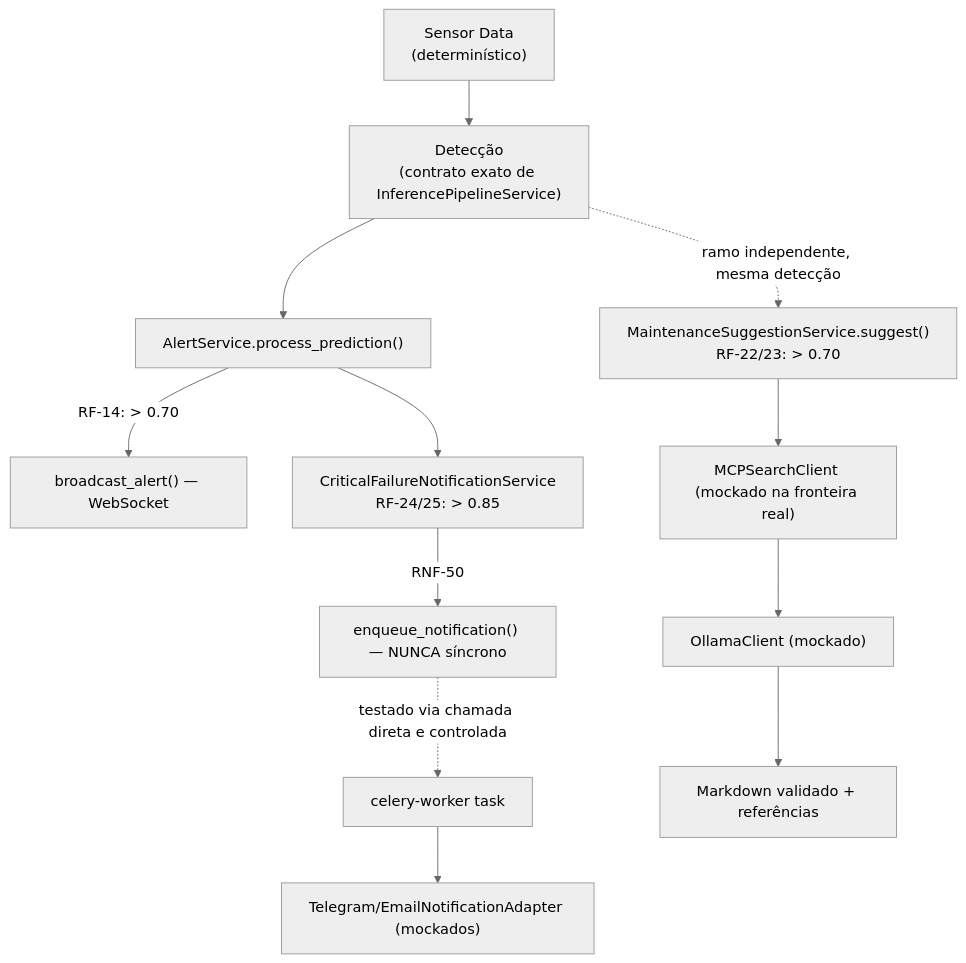
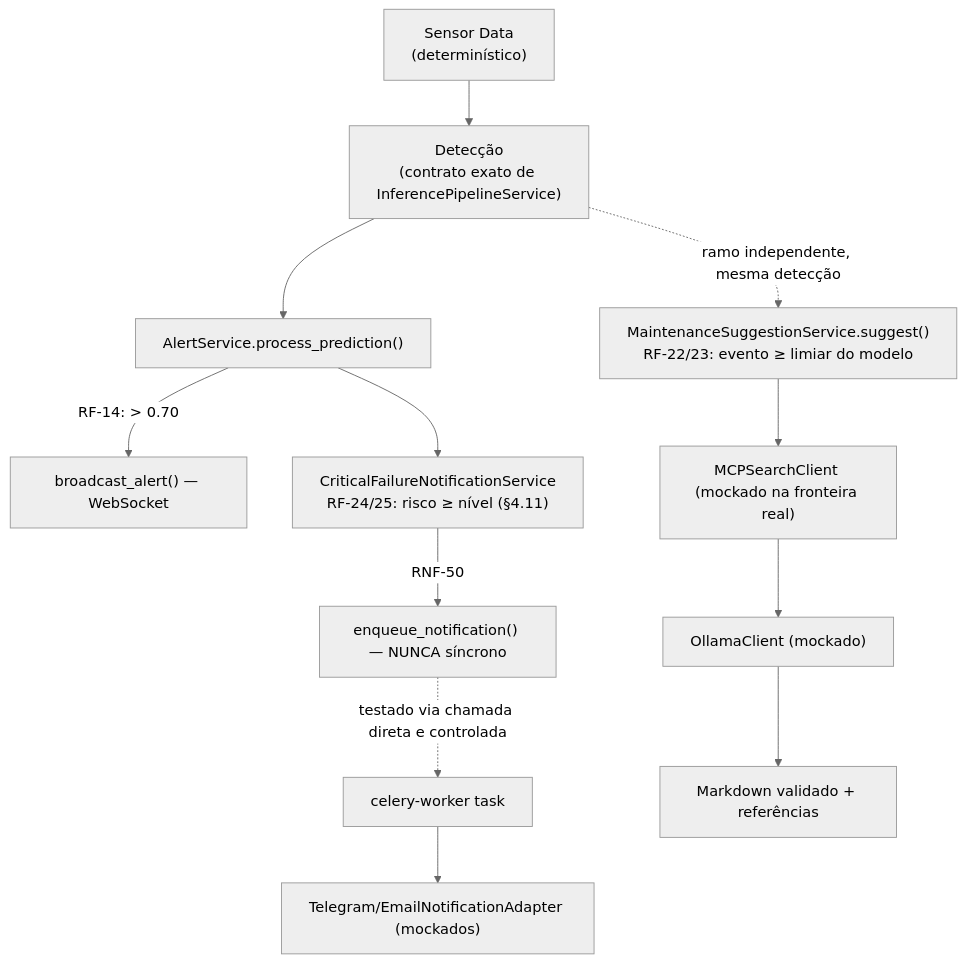
Before and after one commit to ronaldosimeone/tcc-project: diagram 13 of 15 in README.md, drawn with Mermaid (neutral theme). The commit also changed other lines of this file and 3 other files, not shown here.

````diff
--- a/README.md
+++ b/README.md
@@ -1226,15 +1228,15 @@
 ```mermaid
 flowchart TD
     SENSOR["Sensor Data<br/>(determinístico)"] --> DETECT["Detecção<br/>(contrato exato de InferencePipelineService)"]
     DETECT --> AS["AlertService.process_prediction()"]
     AS -->|"RF-14: > 0.70"| WS["broadcast_alert() — WebSocket"]
-    AS --> CFS["CriticalFailureNotificationService<br/>RF-24/25: > 0.85"]
+    AS --> CFS["CriticalFailureNotificationService<br/>RF-24/25: risco ≥ nível (§4.11)"]
     CFS -->|"RNF-50"| ENQ["enqueue_notification() — NUNCA síncrono"]
     ENQ -.->|"testado via chamada direta e controlada"| TASK["celery-worker task"]
     TASK --> ADAPT["Telegram/EmailNotificationAdapter (mockados)"]
 
-    DETECT -.->|"ramo independente, mesma detecção"| MS["MaintenanceSuggestionService.suggest()<br/>RF-22/23: > 0.70"]
+    DETECT -.->|"ramo independente, mesma detecção"| MS["MaintenanceSuggestionService.suggest()<br/>RF-22/23: evento ≥ limiar do modelo"]
     MS --> MCP["MCPSearchClient (mockado na fronteira real)"]
     MCP --> LLM["OllamaClient (mockado)"]
     LLM --> PLAN["Markdown validado + referências"]
 ```
````
